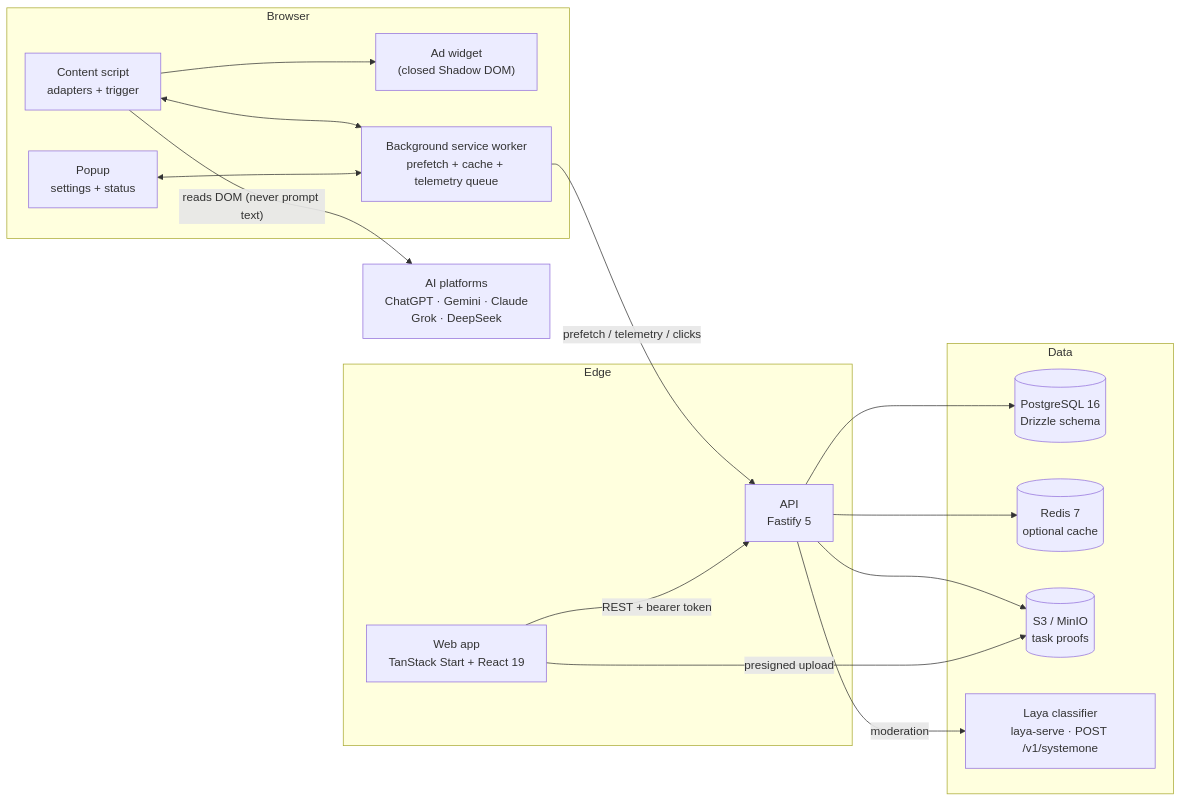
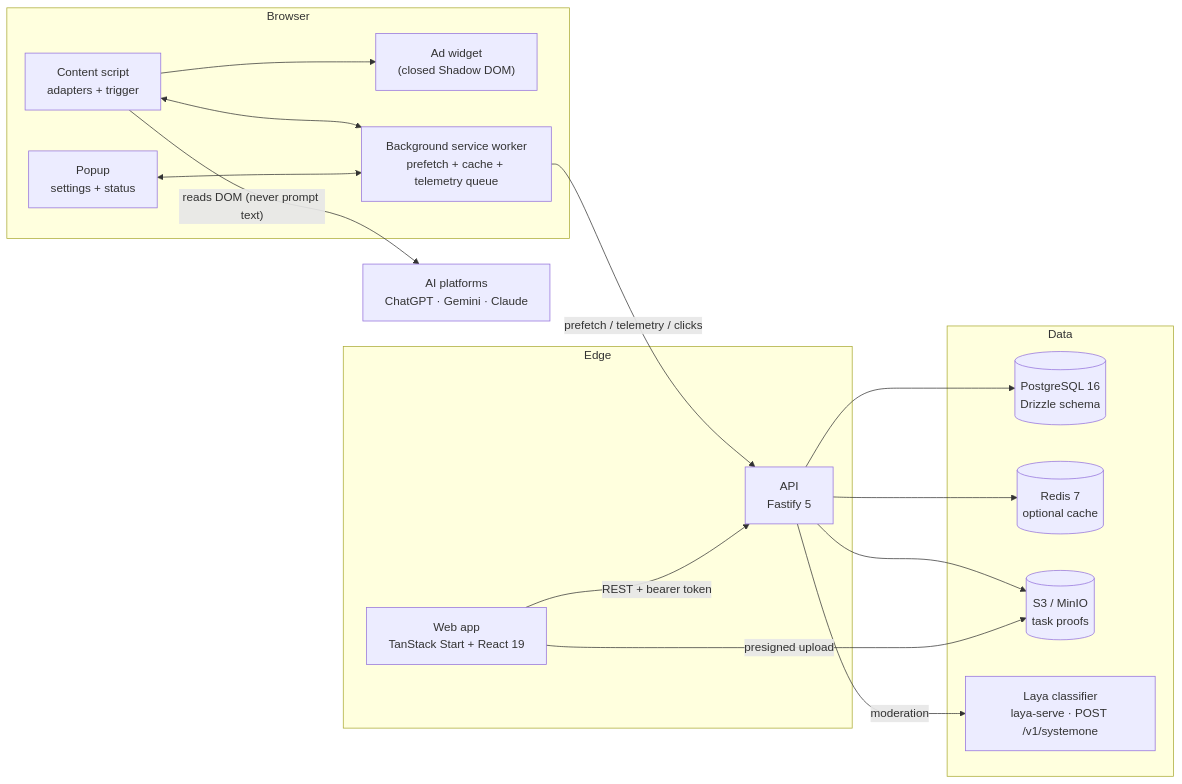
The first of 6 diagrams in ARCHITECTURE.md (BurningFlamesss/meantime), drawn with Mermaid before and after one commit. The commit also changed other lines of this file and 27 other files, not shown here.

````diff
--- a/ARCHITECTURE.md
+++ b/ARCHITECTURE.md
@@ -14,35 +14,35 @@
 ```mermaid
 flowchart LR
   subgraph Browser
     CS["Content script<br/>adapters + trigger"]
     W["Ad widget<br/>(closed Shadow DOM)"]
     BG["Background service worker<br/>prefetch + cache + telemetry queue"]
     POP["Popup<br/>settings + status"]
     CS --> W
     CS <--> BG
     POP <--> BG
   end
 
   subgraph Edge
     WEB["Web app<br/>TanStack Start + React 19"]
     API["API<br/>Fastify 5"]
   end
 
   subgraph Data
     PG[("PostgreSQL 16<br/>Drizzle schema")]
     RD[("Redis 7<br/>optional cache")]
     S3[("S3 / MinIO<br/>task proofs")]
     LAYA["Laya classifier<br/>laya-serve · POST /v1/systemone"]
   end
 
-  AI["AI platforms<br/>ChatGPT · Gemini · Claude<br/>Grok · DeepSeek"]
+  AI["AI platforms<br/>ChatGPT · Gemini · Claude"]
 
   BG -- "prefetch / telemetry / clicks" --> API
   CS -- "reads DOM (never prompt text)" --> AI
   WEB -- "REST + bearer token" --> API
   API --> PG
   API --> RD
   API --> S3
   API -- "moderation" --> LAYA
   WEB -- "presigned upload" --> S3
 ```
````
